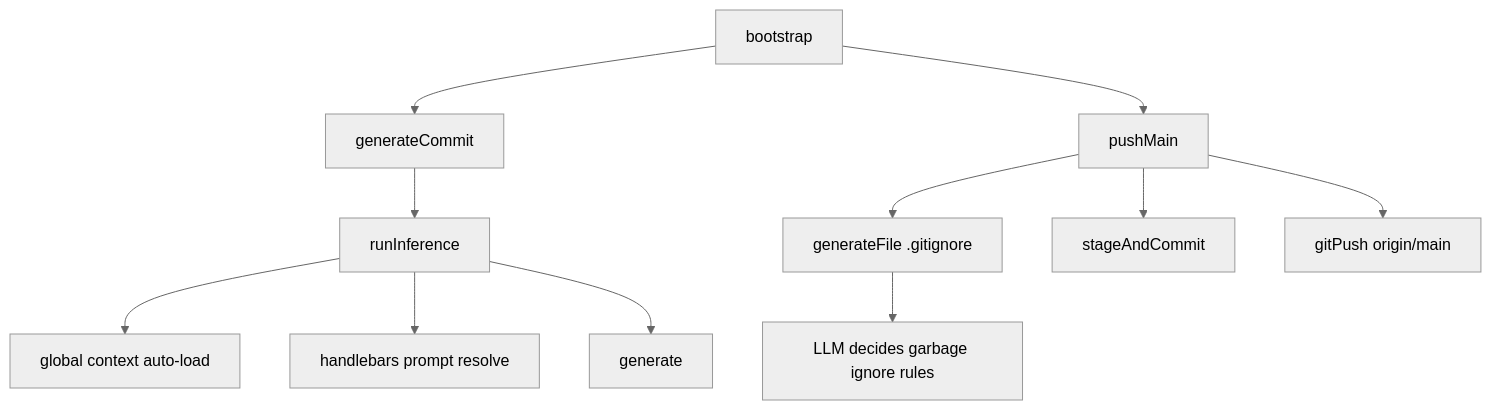
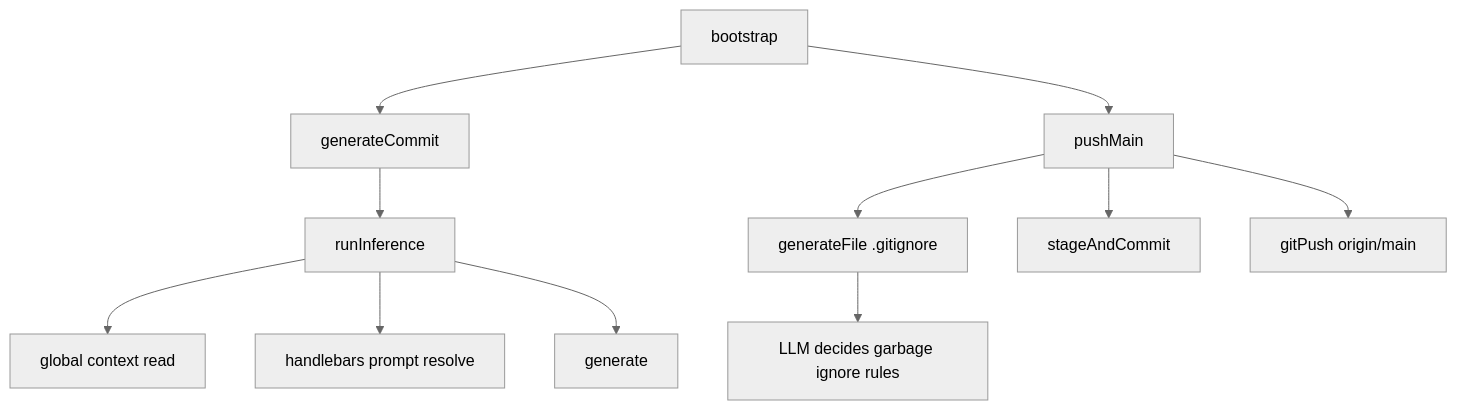
One commit to ex3ndr/holdmybeer changed the diagram in doc/workflow-steps-expansion.md. Above: the diagram before and after it, drawn with Mermaid (neutral theme). The commit also changed 5 other files, not shown here.

````diff
--- a/doc/workflow-steps-expansion.md
+++ b/doc/workflow-steps-expansion.md
@@ -7,13 +7,13 @@
 ```mermaid
 flowchart TD
   A[bootstrap] --> B[generateCommit]
   B --> C[runInference]
-  C --> D[global context auto-load]
+  C --> D[global context read]
   C --> E[handlebars prompt resolve]
   C --> F[generate]
   A --> G[pushMain]
   G --> H[generateFile .gitignore]
   H --> I[LLM decides garbage ignore rules]
   G --> J[stageAndCommit]
   G --> K[gitPush origin/main]
 ```
````
